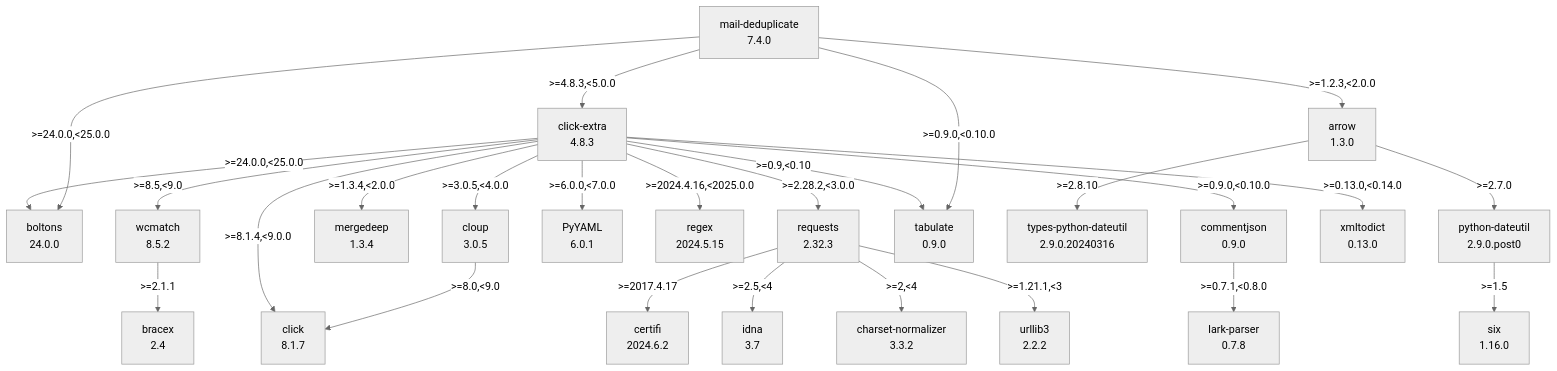
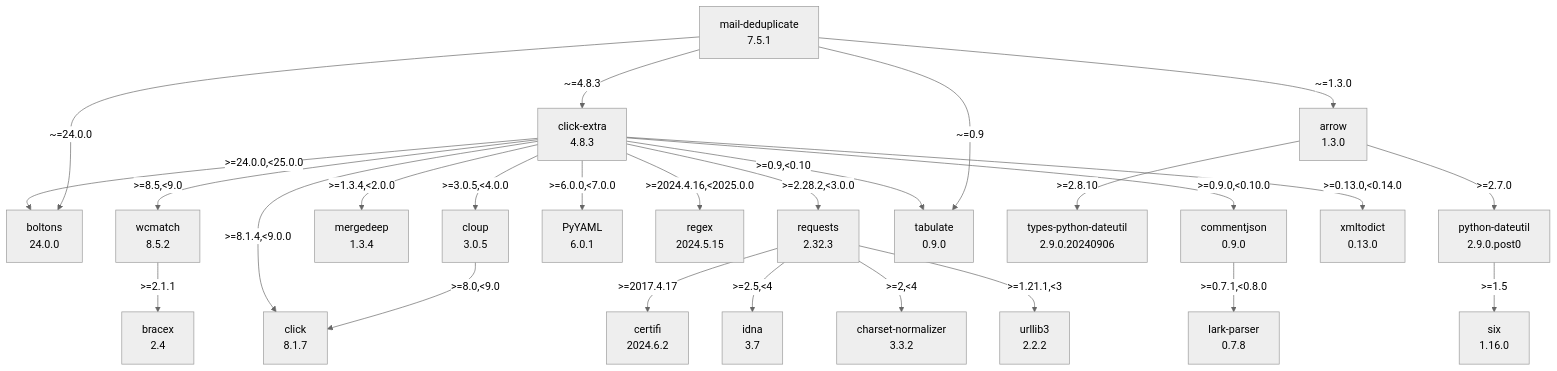
One commit to kdeldycke/mail-deduplicate changed the diagram in docs/assets/dependencies.mmd. Above: the diagram before and after it, drawn with Mermaid (neutral theme). The commit also changed 1 other file, not shown here.

Commit message:
[autofix] Regenerate dependency graph

```diff
--- a/docs/assets/dependencies.mmd
+++ b/docs/assets/dependencies.mmd
@@ -1,50 +1,50 @@
 flowchart TD
     classDef missing stroke-dasharray: 5
     arrow["arrow\n1.3.0"]
     boltons["boltons\n24.0.0"]
     bracex["bracex\n2.4"]
     certifi["certifi\n2024.6.2"]
     charset-normalizer["charset-normalizer\n3.3.2"]
     click-extra["click-extra\n4.8.3"]
     click_0["click\n8.1.7"]
     cloup["cloup\n3.0.5"]
     commentjson["commentjson\n0.9.0"]
     idna["idna\n3.7"]
     lark-parser["lark-parser\n0.7.8"]
-    mail-deduplicate["mail-deduplicate\n7.4.0"]
+    mail-deduplicate["mail-deduplicate\n7.5.1"]
     mergedeep["mergedeep\n1.3.4"]
     python-dateutil["python-dateutil\n2.9.0.post0"]
     pyyaml["PyYAML\n6.0.1"]
     regex["regex\n2024.5.15"]
     requests["requests\n2.32.3"]
     six["six\n1.16.0"]
     tabulate["tabulate\n0.9.0"]
-    types-python-dateutil["types-python-dateutil\n2.9.0.20240316"]
+    types-python-dateutil["types-python-dateutil\n2.9.0.20240906"]
     urllib3["urllib3\n2.2.2"]
     wcmatch["wcmatch\n8.5.2"]
     xmltodict["xmltodict\n0.13.0"]
     arrow -- ">=2.7.0" --> python-dateutil
     arrow -- ">=2.8.10" --> types-python-dateutil
     click-extra -- ">=0.13.0,<0.14.0" --> xmltodict
     click-extra -- ">=0.9,<0.10" --> tabulate
     click-extra -- ">=0.9.0,<0.10.0" --> commentjson
     click-extra -- ">=1.3.4,<2.0.0" --> mergedeep
     click-extra -- ">=2.28.2,<3.0.0" --> requests
     click-extra -- ">=2024.4.16,<2025.0.0" --> regex
     click-extra -- ">=24.0.0,<25.0.0" --> boltons
     click-extra -- ">=3.0.5,<4.0.0" --> cloup
     click-extra -- ">=6.0.0,<7.0.0" --> pyyaml
     click-extra -- ">=8.1.4,<9.0.0" --> click_0
     click-extra -- ">=8.5,<9.0" --> wcmatch
     cloup -- ">=8.0,<9.0" --> click_0
     commentjson -- ">=0.7.1,<0.8.0" --> lark-parser
-    mail-deduplicate -- ">=0.9.0,<0.10.0" --> tabulate
-    mail-deduplicate -- ">=1.2.3,<2.0.0" --> arrow
-    mail-deduplicate -- ">=24.0.0,<25.0.0" --> boltons
-    mail-deduplicate -- ">=4.8.3,<5.0.0" --> click-extra
+    mail-deduplicate -- "~=0.9" --> tabulate
+    mail-deduplicate -- "~=1.3.0" --> arrow
+    mail-deduplicate -- "~=24.0.0" --> boltons
+    mail-deduplicate -- "~=4.8.3" --> click-extra
     python-dateutil -- ">=1.5" --> six
     requests -- ">=1.21.1,<3" --> urllib3
     requests -- ">=2,<4" --> charset-normalizer
     requests -- ">=2.5,<4" --> idna
     requests -- ">=2017.4.17" --> certifi
     wcmatch -- ">=2.1.1" --> bracex
```
